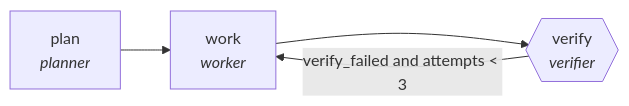
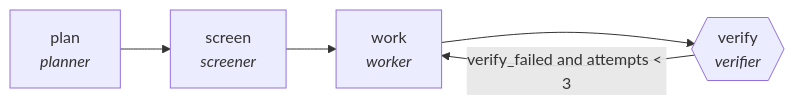
One commit to ypollak2/agenticgraphs changed the diagram in docs/traces/literature-review-swarm.md. Above: the diagram before and after it, drawn with Mermaid. The commit also changed other lines of this file and 62 other files, not shown here.

````diff
--- a/docs/traces/literature-review-swarm.md
+++ b/docs/traces/literature-review-swarm.md
@@ -10,9 +10,11 @@
 ```mermaid
 flowchart LR
     N0["plan<br/><i>planner</i>"]
-    N1["work<br/><i>worker</i>"]
-    N2{{"verify<br/><i>verifier</i>"}}
+    N1["screen<br/><i>screener</i>"]
+    N2["work<br/><i>worker</i>"]
+    N3{{"verify<br/><i>verifier</i>"}}
     N0 --> N1
     N1 --> N2
-    N2 -->|verify_failed and attempts < 3| N1
+    N2 --> N3
+    N3 -->|verify_failed and attempts < 3| N2
 ```
````
